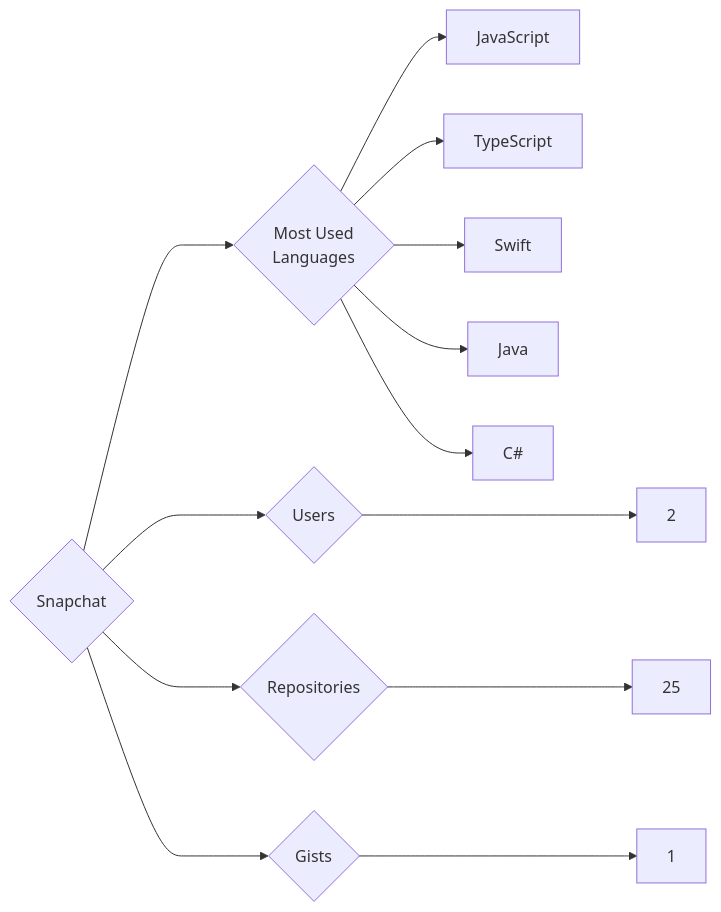
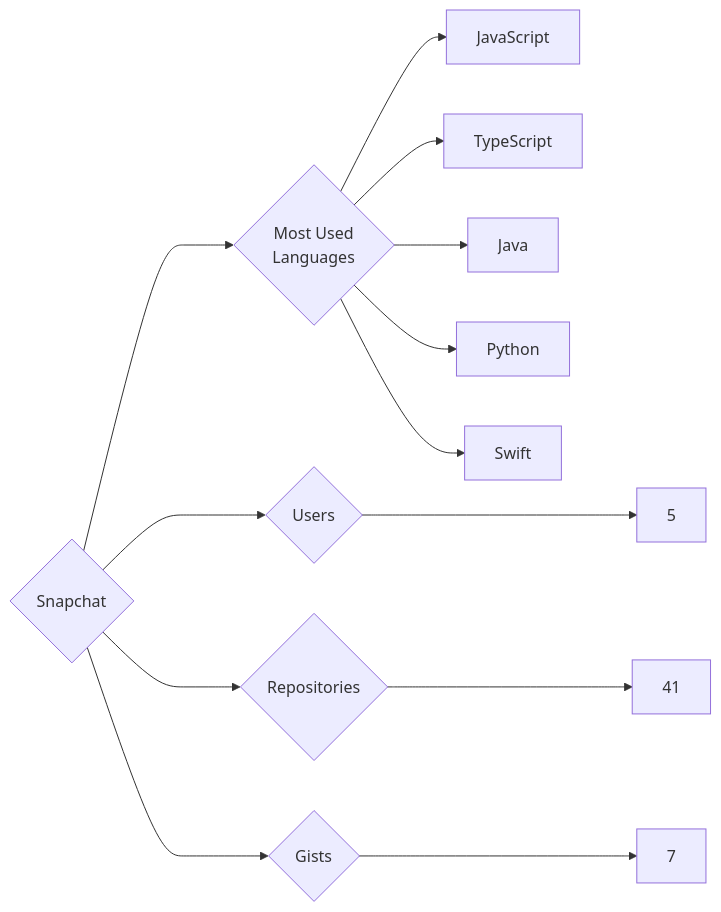
The diagram in targets/Snapchat/README.md (trickest/insiders), drawn with Mermaid before and after one commit. The commit also changed 871 other files, not shown here.

````diff
--- a/targets/Snapchat/README.md
+++ b/targets/Snapchat/README.md
@@ -3,13 +3,13 @@
 ```mermaid
 graph LR
 COMPANY_NAME{Snapchat}
-COMPANY_NAME ---> U{Users} ---> UN[2]
-COMPANY_NAME ---> R{Repositories} ---> RN[25]
-COMPANY_NAME ---> G{Gists} ---> GN[1]
+COMPANY_NAME ---> U{Users} ---> UN[5]
+COMPANY_NAME ---> R{Repositories} ---> RN[41]
+COMPANY_NAME ---> G{Gists} ---> GN[7]
 COMPANY_NAME ---> ML{Most Used<br>Languages}
 ML --> JavaScript[JavaScript]
 ML --> TypeScript[TypeScript]
+ML --> Java[Java]
+ML --> Python[Python]
 ML --> Swift[Swift]
-ML --> Java[Java]
-ML --> C#[C#]
 ```
````
